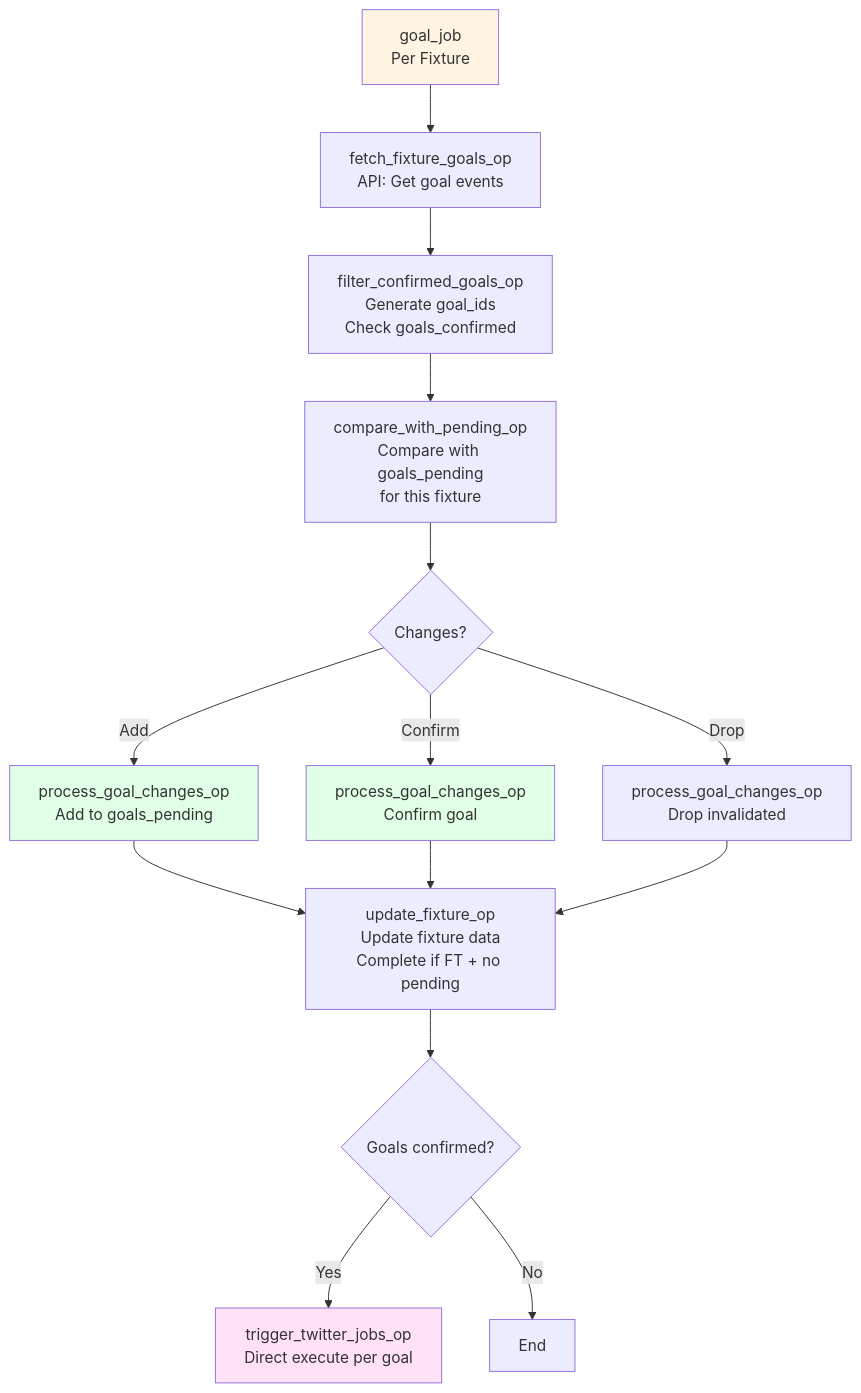
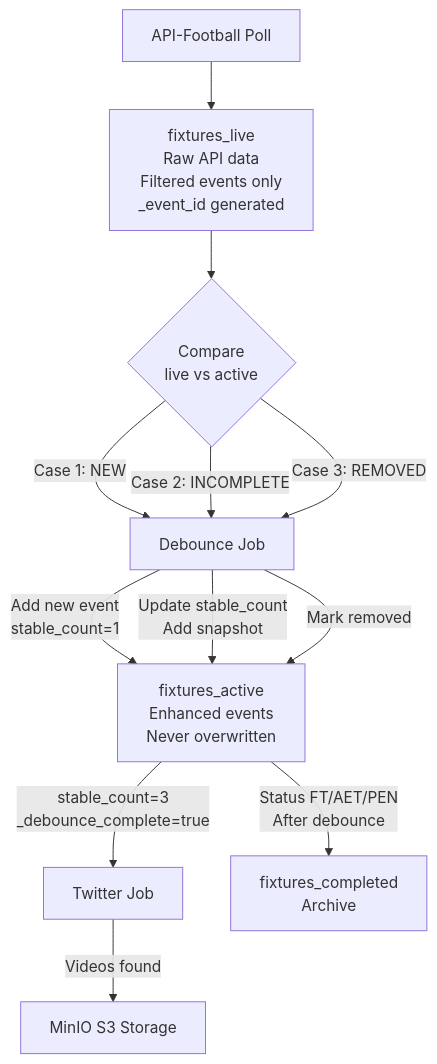
Before and after one commit to vedantadhobley/found-footy: the first of 2 diagrams in README.md, drawn with Mermaid. The commit also changed other lines of this file and 150 other files, not shown here.

````diff
--- a/README.md
+++ b/README.md
@@ -246,21 +23,18 @@
 ```mermaid
-graph TB
-    A[goal_job<br/>Per Fixture] --> B[fetch_fixture_goals_op<br/>API: Get goal events]
-    B --> C[filter_confirmed_goals_op<br/>Generate goal_ids<br/>Check goals_confirmed]
-    C --> D[compare_with_pending_op<br/>Compare with goals_pending<br/>for this fixture]
-    D --> E{Changes?}
-    E -->|Add| F[process_goal_changes_op<br/>Add to goals_pending]
-    E -->|Confirm| G[process_goal_changes_op<br/>Confirm goal]
-    E -->|Drop| H[process_goal_changes_op<br/>Drop invalidated]
-    F --> I[update_fixture_op<br/>Update fixture data<br/>Complete if FT + no pending]
-    G --> I
-    H --> I
-    I --> J{Goals confirmed?}
-    J -->|Yes| K[trigger_twitter_jobs_op<br/>Direct execute per goal]
-    J -->|No| L[End]
+flowchart TB
+    API[API-Football Poll] --> Live[fixtures_live<br/>Raw API data<br/>Filtered events only<br/>_event_id generated]
+    Live --> Compare{Compare<br/>live vs active}
     
-    style A fill:#fff4e1
-    style F fill:#e1ffe7
-    style G fill:#e1ffe7
-    style K fill:#ffe1f5
+    Compare -->|Case 1: NEW| Debounce[Debounce Job]
+    Compare -->|Case 2: INCOMPLETE| Debounce
+    Compare -->|Case 3: REMOVED| Debounce
+    
+    Debounce -->|Add new event<br/>stable_count=1| Active[fixtures_active<br/>Enhanced events<br/>Never overwritten]
+    Debounce -->|Update stable_count<br/>Add snapshot| Active
+    Debounce -->|Mark removed| Active
+    
+    Active -->|stable_count=3<br/>_debounce_complete=true| Twitter[Twitter Job]
+    Active -->|Status FT/AET/PEN<br/>After debounce| Completed[fixtures_completed<br/>Archive]
+    
+    Twitter -->|Videos found| S3[MinIO S3 Storage]
 ```
````
